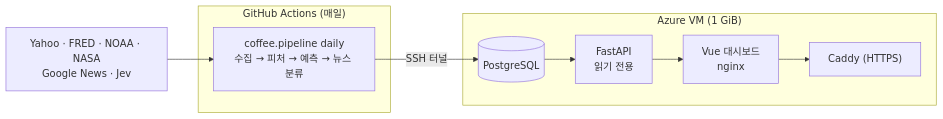
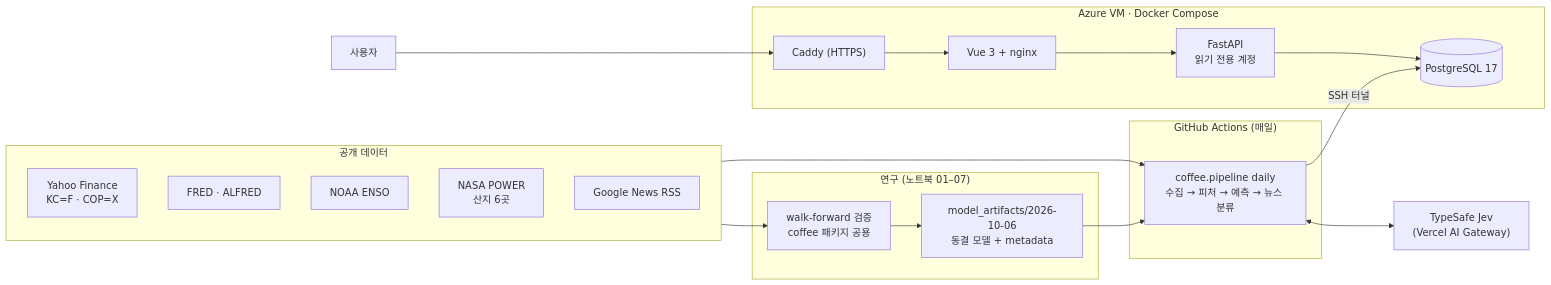
Before and after one commit to sjinie/Coffee_Price_Prediction: the diagram in README.md, drawn with Mermaid. The commit also changed other lines of this file and 9 other files, not shown here.

````diff
--- a/README.md
+++ b/README.md
@@ -101,15 +40,29 @@
 ```mermaid
 flowchart LR
-  subgraph runner["GitHub Actions (매일)"]
+  subgraph src["공개 데이터"]
+    Y["Yahoo Finance<br/>KC=F · COP=X"]
+    F["FRED · ALFRED"]
+    E["NOAA ENSO"]
+    W["NASA POWER<br/>산지 6곳"]
+    G["Google News RSS"]
+  end
+  subgraph lab["연구 (노트북 01–07)"]
+    NB["walk-forward 검증<br/>coffee 패키지 공용"]
+    ART["model_artifacts/2026-10-06<br/>동결 모델 + metadata"]
+  end
+  subgraph gha["GitHub Actions (매일)"]
     P["coffee.pipeline daily<br/>수집 → 피처 → 예측 → 뉴스 분류"]
   end
-  subgraph vm["Azure VM (1 GiB)"]
-    DB[("PostgreSQL")]
-    API["FastAPI<br/>읽기 전용"]
-    WEB["Vue 대시보드<br/>nginx"]
+  J["TypeSafe Jev<br/>(Vercel AI Gateway)"]
+  subgraph vm["Azure VM · Docker Compose"]
+    DB[("PostgreSQL 17")]
+    API["FastAPI<br/>읽기 전용 계정"]
+    WEB["Vue 3 + nginx"]
     C["Caddy (HTTPS)"]
   end
-  S["Yahoo · FRED · NOAA · NASA<br/>Google News · Jev"] --> P
+  src --> NB --> ART --> P
+  src --> P
+  P <--> J
   P -- "SSH 터널" --> DB
-  DB --> API --> WEB --> C
+  U["사용자"] --> C --> WEB --> API --> DB
 ```
````
